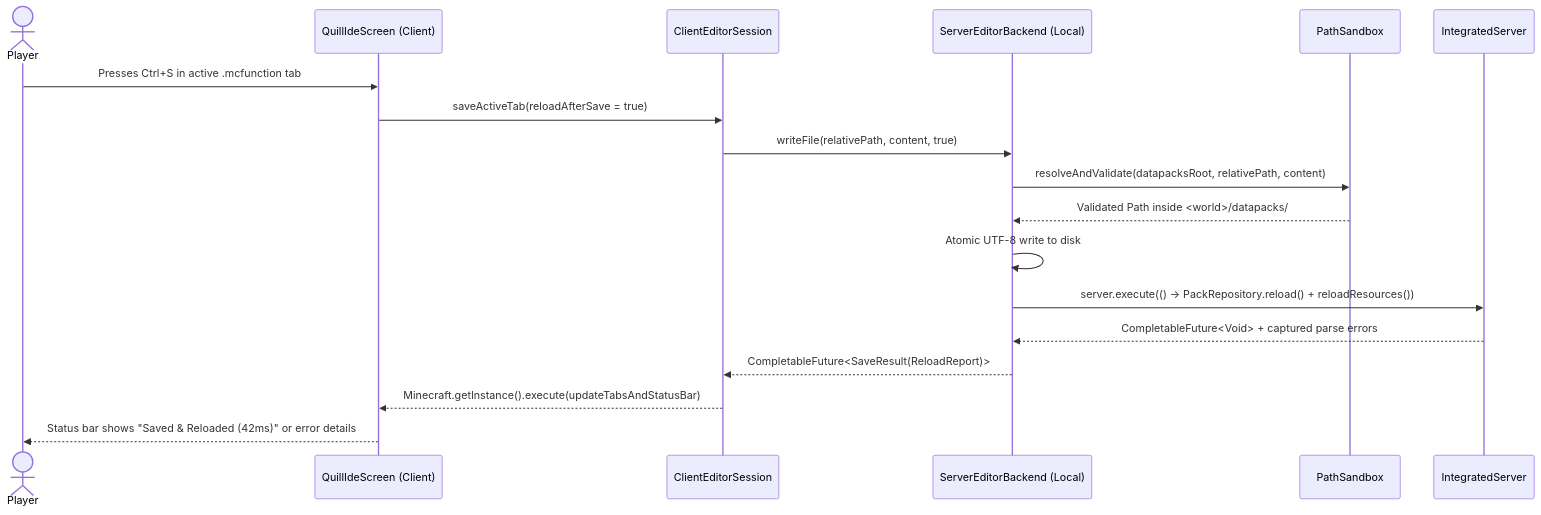
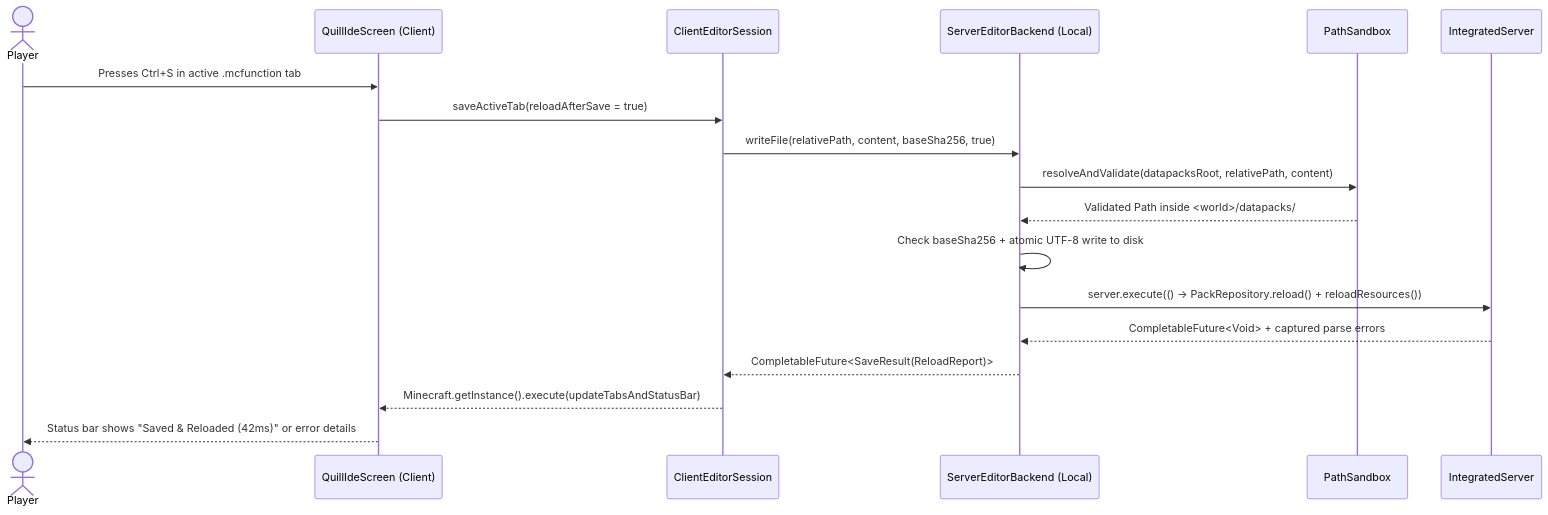
One commit to CatGirlClaude/quill changed the second of 3 diagrams in docs/ARCHITECTURE.md. Above: the diagram before and after it, drawn with Mermaid. The commit also changed other lines of this file and 4 other files, not shown here.

Commit message:
docs: document Phase 3 multiplayer architecture, ADR-008, MC 26.3 networking notes, and update TODO

````diff
--- a/docs/ARCHITECTURE.md
+++ b/docs/ARCHITECTURE.md
@@ -105,21 +117,21 @@
 ```mermaid
 sequenceDiagram
     actor Player
     participant Screen as QuillIdeScreen (Client)
     participant Session as ClientEditorSession
     participant Backend as ServerEditorBackend (Local)
     participant Sandbox as PathSandbox
     participant Server as IntegratedServer
 
     Player->>Screen: Presses Ctrl+S in active .mcfunction tab
     Screen->>Session: saveActiveTab(reloadAfterSave = true)
-    Session->>Backend: writeFile(relativePath, content, true)
+    Session->>Backend: writeFile(relativePath, content, baseSha256, true)
     Backend->>Sandbox: resolveAndValidate(datapacksRoot, relativePath, content)
     Sandbox-->>Backend: Validated Path inside <world>/datapacks/
-    Backend->>Backend: Atomic UTF-8 write to disk
+    Backend->>Backend: Check baseSha256 + atomic UTF-8 write to disk
     Backend->>Server: server.execute(() -> PackRepository.reload() + reloadResources())
     Server-->>Backend: CompletableFuture<Void> + captured parse errors
     Backend-->>Session: CompletableFuture<SaveResult(ReloadReport)>
     Session-->>Screen: Minecraft.getInstance().execute(updateTabsAndStatusBar)
     Screen-->>Player: Status bar shows "Saved & Reloaded (42ms)" or error details
 ```
````
